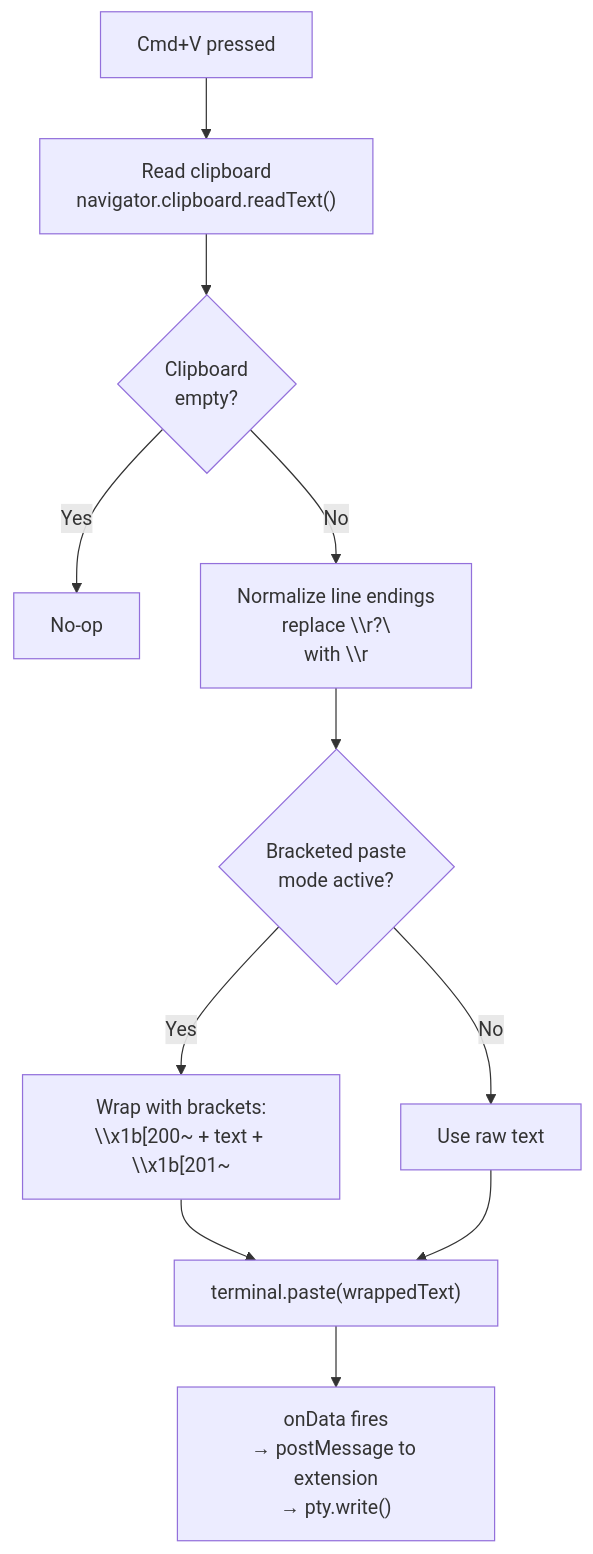
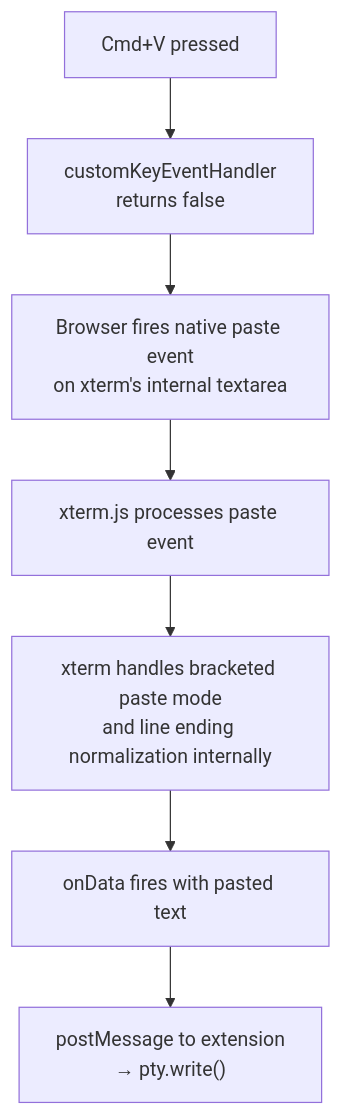
The fourth of 7 diagrams in docs/design/keyboard-input.md (huybuidac/anywhere-terminal), drawn with Mermaid before and after one commit. The commit also changed other lines of this file and 46 other files, not shown here.

Commit message:
refactor: extract terminal factory, split renderer, and flow control into dedicated modules, reducing main.ts to a composition root, and add new webview tests.

````diff
--- a/docs/design/keyboard-input.md
+++ b/docs/design/keyboard-input.md
@@ -179,13 +192,9 @@
 ```mermaid
 flowchart TD
-    A["Cmd+V pressed"] --> B["Read clipboard\nnavigator.clipboard.readText()"]
-    B --> C{"Clipboard\nempty?"}
-    C -->|Yes| D["No-op"]
-    C -->|No| E["Normalize line endings\nreplace \\r?\\n with \\r"]
-    E --> F{"Bracketed paste\nmode active?"}
-    F -->|Yes| G["Wrap with brackets:\n\\x1b[200~ + text + \\x1b[201~"]
-    F -->|No| H["Use raw text"]
-    G --> I["terminal.paste(wrappedText)"]
-    H --> I
-    I --> J["onData fires\n→ postMessage to extension\n→ pty.write()"]
+    A["Cmd+V pressed"] --> B["customKeyEventHandler\nreturns false"]
+    B --> C["Browser fires native paste event\non xterm's internal textarea"]
+    C --> D["xterm.js processes paste event"]
+    D --> E["xterm handles bracketed paste mode\nand line ending normalization internally"]
+    E --> F["onData fires with pasted text"]
+    F --> G["postMessage to extension\n→ pty.write()"]
 ```
````
